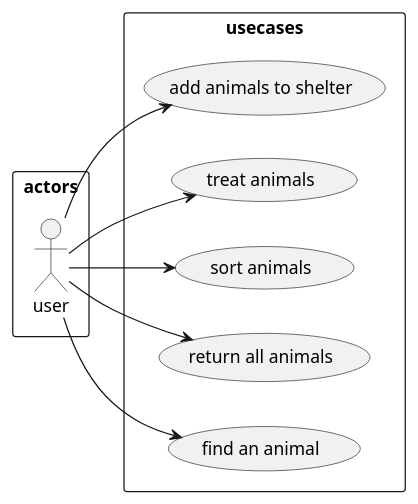
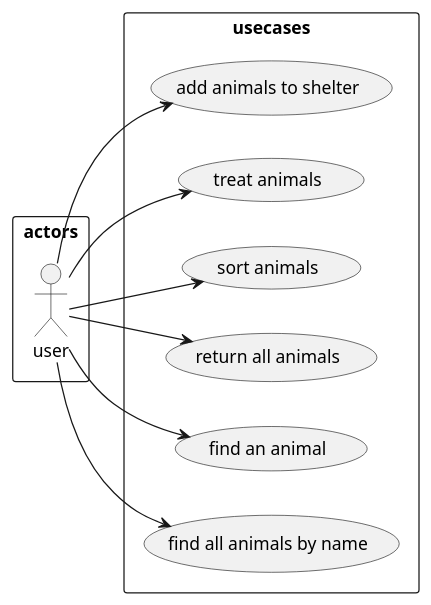
One commit to intec-cmanuel/java_september_2023_analysis changed the diagram in analysis/UseCaseDiagram.puml. Above: the diagram before and after it, drawn with PlantUML. The commit also changed 4 other files, not shown here.

```diff
--- a/analysis/UseCaseDiagram.puml
+++ b/analysis/UseCaseDiagram.puml
@@ -1,22 +1,24 @@
 @startuml
 left to right direction
 
 rectangle actors {
 :user:
 }
 
 rectangle usecases {
 (add animals to shelter) as add
 (treat animals) as treat
 (sort animals) as sort
 (return all animals) as getall
 (find an animal) as get
+(find all animals by name) as getname
 }
 
 user --> add
 user --> treat
 user --> sort
 user --> getall
 user --> get
+user --> getname
 
 @enduml
```
